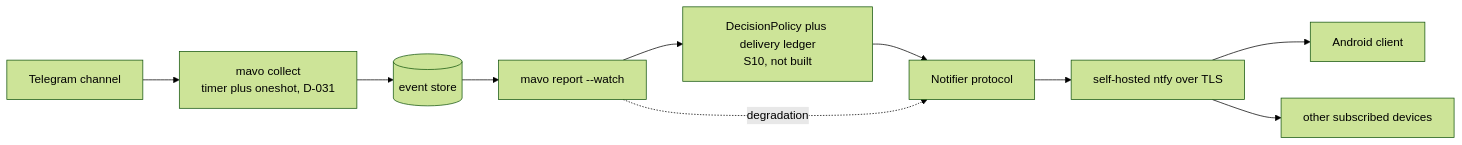
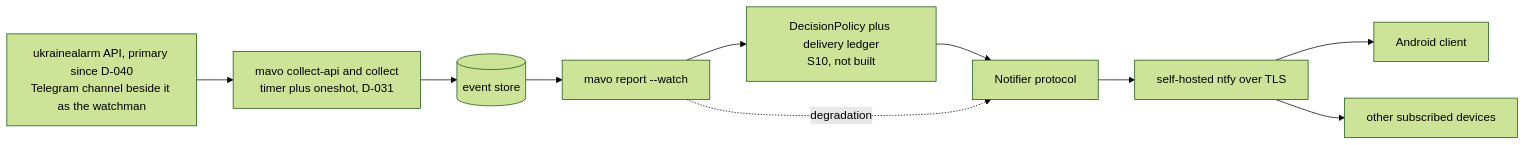
Before and after one commit to jerzy99jerzy/air-alert-early-warning: the diagram in docs/MOBILE.md, drawn with Mermaid (forest theme). The commit also changed other lines of this file and 13 other files, not shown here.

Commit message:
0.48.0.1: documents catch up with the shop (D-040 diagrams, DEPLOYMENT host truth, FEED-SPEC 2.3 upstream reading, Author AI note; F134/F137 completed)

````diff
--- a/docs/MOBILE.md
+++ b/docs/MOBILE.md
@@ -82,12 +84,12 @@
 ```mermaid
 flowchart LR
-    CH[Telegram channel] --> C["mavo collect<br/>timer plus oneshot, D-031"]
+    SRC["ukrainealarm API, primary since D-040<br/>Telegram channel beside it as the watchman"] --> C["mavo collect-api and collect<br/>timer plus oneshot, D-031"]
     C --> ST[(event store)]
     ST --> R["mavo report --watch"]
     R --> DP["DecisionPolicy plus delivery ledger<br/>S10, not built"]
     DP --> NT[Notifier protocol]
     NT --> NF[self-hosted ntfy over TLS]
     NF --> AND[Android client]
     NF --> OTH[other subscribed devices]
     R -. degradation .-> NT
 ```
````
